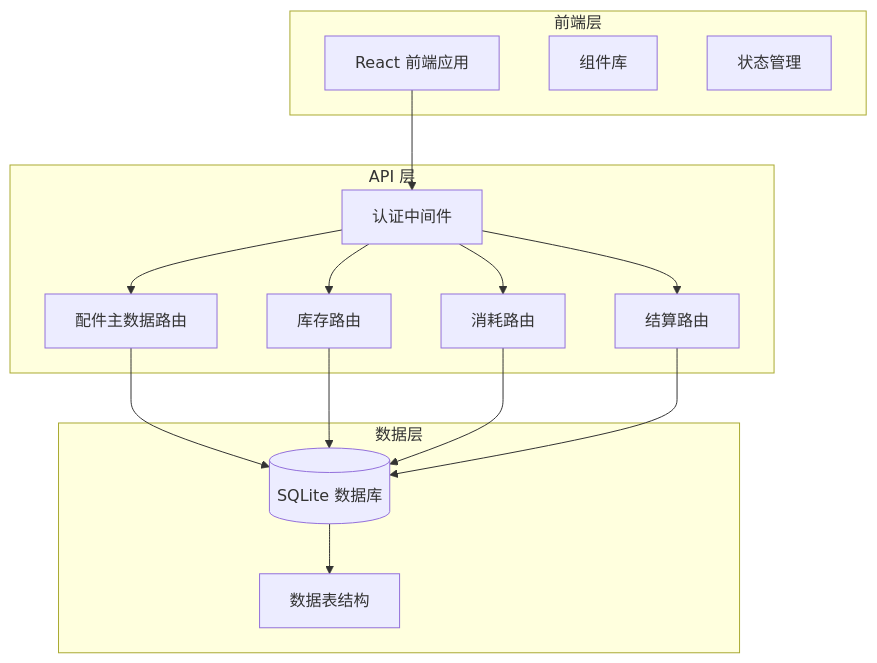
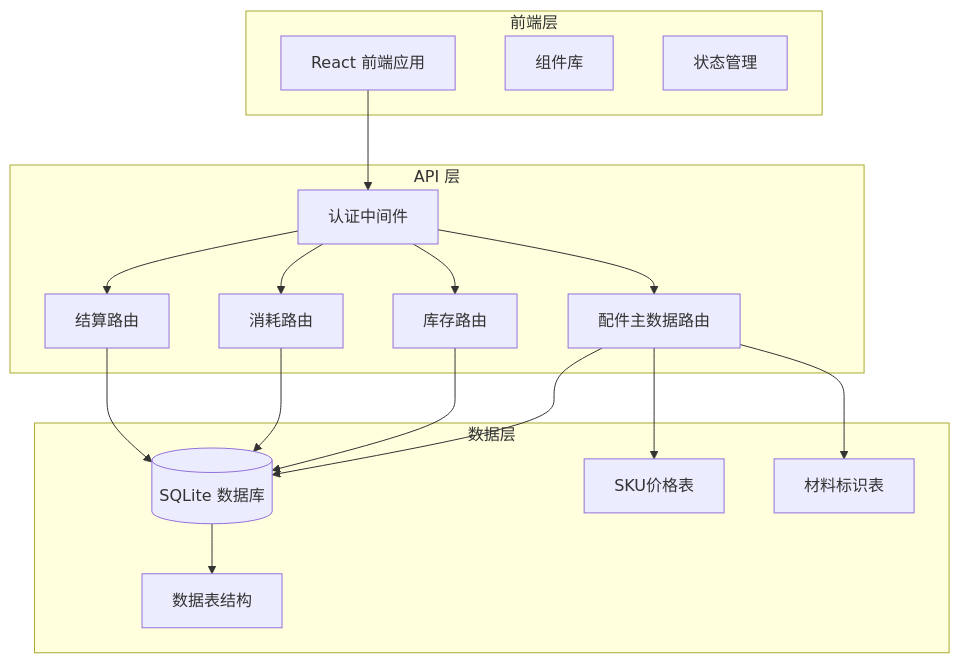
The first of 12 diagrams in .qoder/repowiki/zh/content/数据库设计/配件管理系统.md (CubeEdge/Longhorn), drawn with Mermaid before and after one commit. The commit also changed other lines of this file and 53 other files, not shown here.

````diff
--- a/.qoder/repowiki/zh/content/数据库设计/配件管理系统.md
+++ b/.qoder/repowiki/zh/content/数据库设计/配件管理系统.md
@@ -41,29 +57,33 @@
 ```mermaid
 graph TB
 subgraph "前端层"
 UI[React 前端应用]
 Components[组件库]
 Store[状态管理]
 end
 subgraph "API 层"
 Auth[认证中间件]
 PartsMaster[配件主数据路由]
 Inventory[库存路由]
 Consumption[消耗路由]
 Settlement[结算路由]
 end
 subgraph "数据层"
 DB[(SQLite 数据库)]
 Tables[数据表结构]
+SKUPrices[SKU价格表]
+Material[材料标识表]
 end
 UI --> Auth
 Auth --> PartsMaster
 Auth --> Inventory
 Auth --> Consumption
 Auth --> Settlement
 PartsMaster --> DB
+PartsMaster --> SKUPrices
+PartsMaster --> Material
 Inventory --> DB
 Consumption --> DB
 Settlement --> DB
 DB --> Tables
 ```
````
